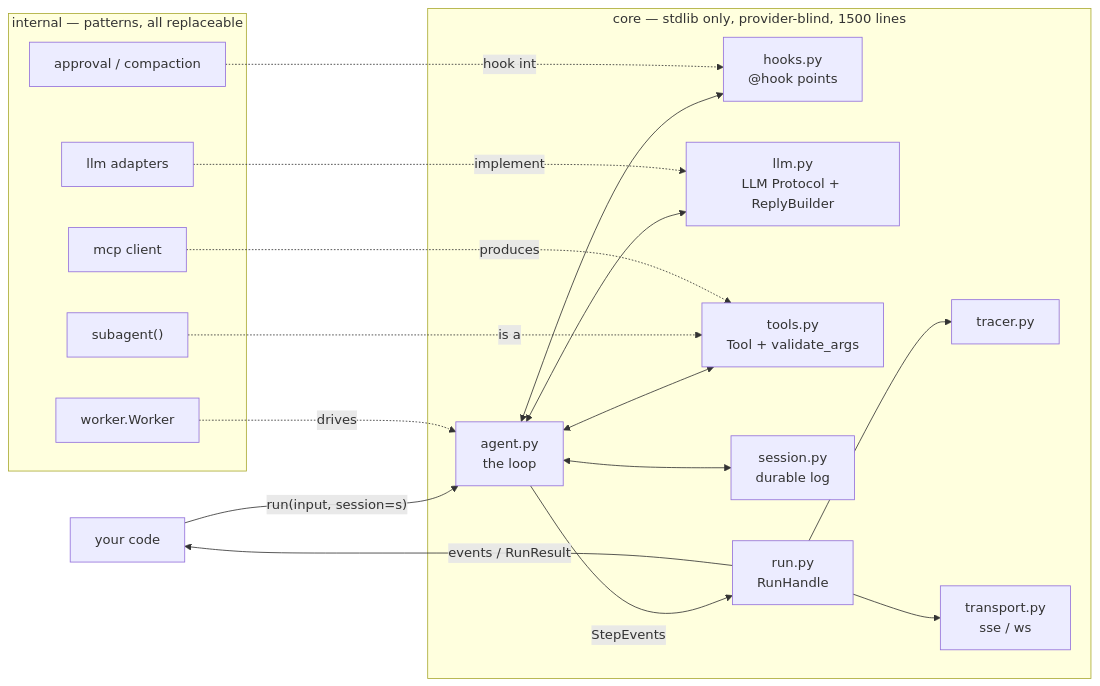
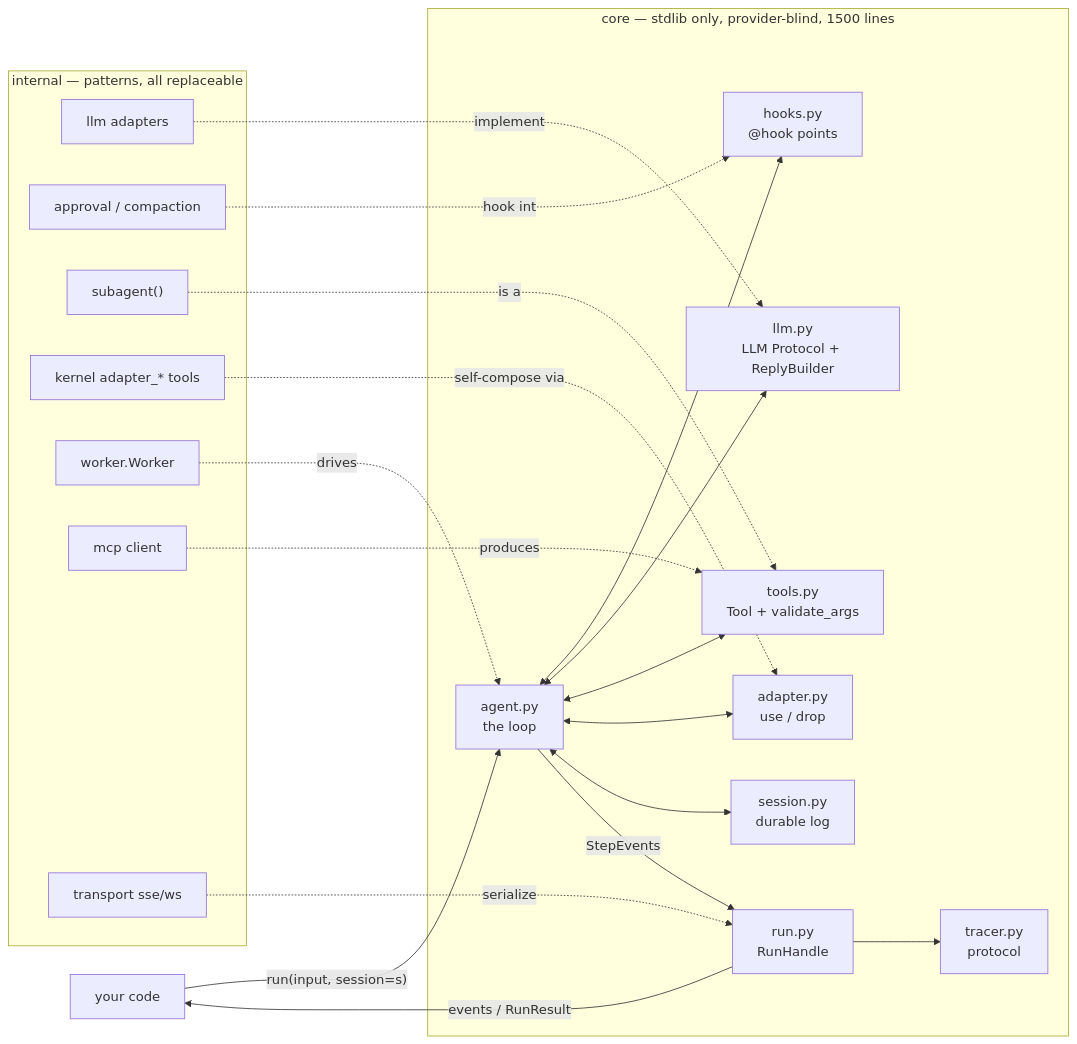
Before and after one commit to definableai/stellar: the diagram in README.md, drawn with Mermaid. The commit also changed other lines of this file and 4 other files, not shown here.

First line of the commit message:
Self-hosting demos: the agent grows tools, swaps models, guards itself

````diff
--- a/README.md
+++ b/README.md
@@ -36,25 +39,27 @@
 ```mermaid
 flowchart LR
     U[your code] -->|"run(input, session=s)"| A
 
     subgraph CORE["core — stdlib only, provider-blind, 1500 lines"]
         A["agent.py<br/>the loop"]
         A <--> HK["hooks.py<br/>@hook points"]
         A <--> LP["llm.py<br/>LLM Protocol + ReplyBuilder"]
         A <--> TL["tools.py<br/>Tool + validate_args"]
+        A <--> AD["adapter.py<br/>use / drop"]
         A <--> SS["session.py<br/>durable log"]
         A -->|StepEvents| RH["run.py<br/>RunHandle"]
-        RH --> TR["tracer.py"]
-        RH --> TP["transport.py<br/>sse / ws"]
+        RH --> TR["tracer.py<br/>protocol"]
     end
 
     subgraph INTERNAL["internal — patterns, all replaceable"]
         OA["llm adapters"] -.implement.-> LP
         AP["approval / compaction"] -.hook into.-> HK
         SB["subagent()"] -.is a.-> TL
+        KN["kernel adapter_* tools"] -.self-compose via.-> AD
         WK["worker.Worker"] -.drives.-> A
         MC["mcp client"] -.produces.-> TL
+        TP["transport sse/ws"] -.serialize.-> RH
     end
 
     RH -->|"events / RunResult"| U
 ```
````
